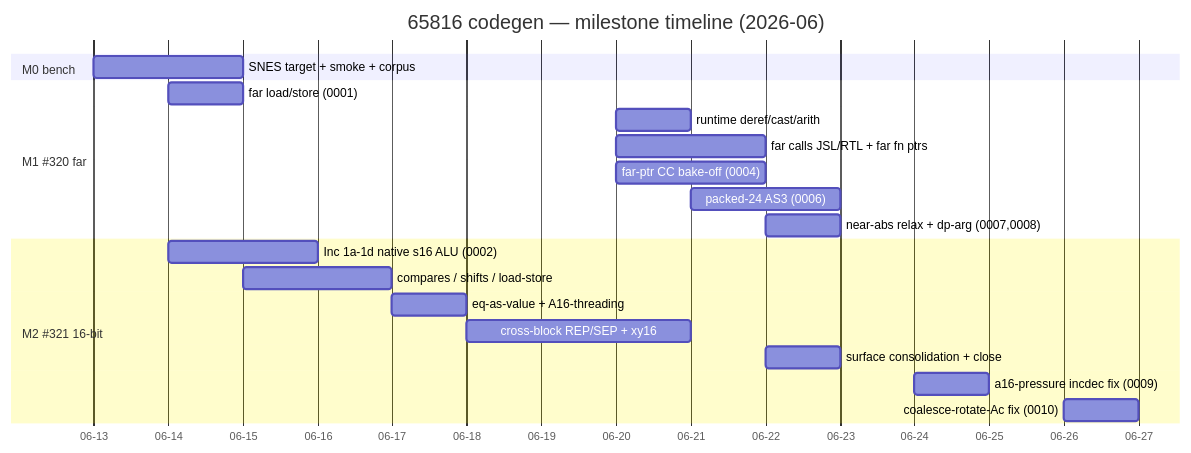
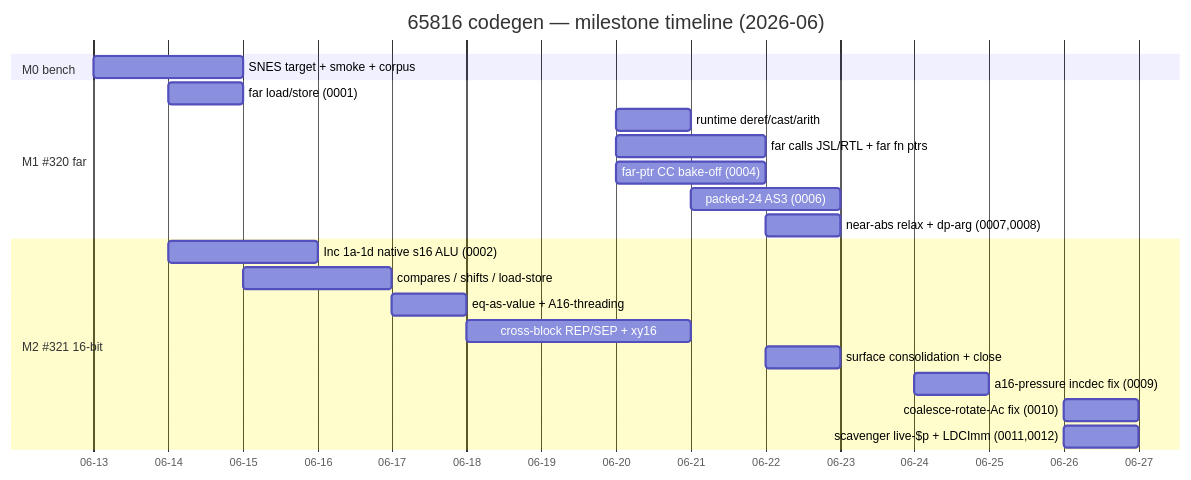
The fourth of 5 diagrams in docs/65816-patch-series-review-guide.md (wbniv/llvm-mos-65816), drawn with Mermaid before and after one commit. The commit also changed other lines of this file, not shown here.

````diff
--- a/docs/65816-patch-series-review-guide.md
+++ b/docs/65816-patch-series-review-guide.md
@@ -252,26 +270,27 @@
 ```mermaid
 gantt
     title 65816 codegen — milestone timeline (2026-06)
     dateFormat YYYY-MM-DD
     axisFormat %m-%d
 
     section M0 bench
     SNES target + smoke + corpus        :m0, 2026-06-13, 2d
 
     section M1 #320 far
     far load/store (0001)               :2026-06-14, 1d
     runtime deref/cast/arith            :2026-06-20, 1d
     far calls JSL/RTL + far fn ptrs     :2026-06-20, 2d
     far-ptr CC bake-off (0004)          :2026-06-20, 2d
     packed-24 AS3 (0006)                :2026-06-21, 2d
     near-abs relax + dp-arg (0007,0008) :2026-06-22, 1d
 
     section M2 #321 16-bit
     Inc 1a-1d native s16 ALU (0002)     :2026-06-14, 2d
     compares / shifts / load-store      :2026-06-15, 2d
     eq-as-value + A16-threading         :2026-06-17, 1d
     cross-block REP/SEP + xy16          :2026-06-18, 3d
     surface consolidation + close       :2026-06-22, 1d
     a16-pressure incdec fix (0009)      :2026-06-24, 1d
     coalesce-rotate-Ac fix (0010)       :2026-06-26, 1d
+    scavenger live-$p + LDCImm (0011,0012) :2026-06-26, 1d
 ```
````
